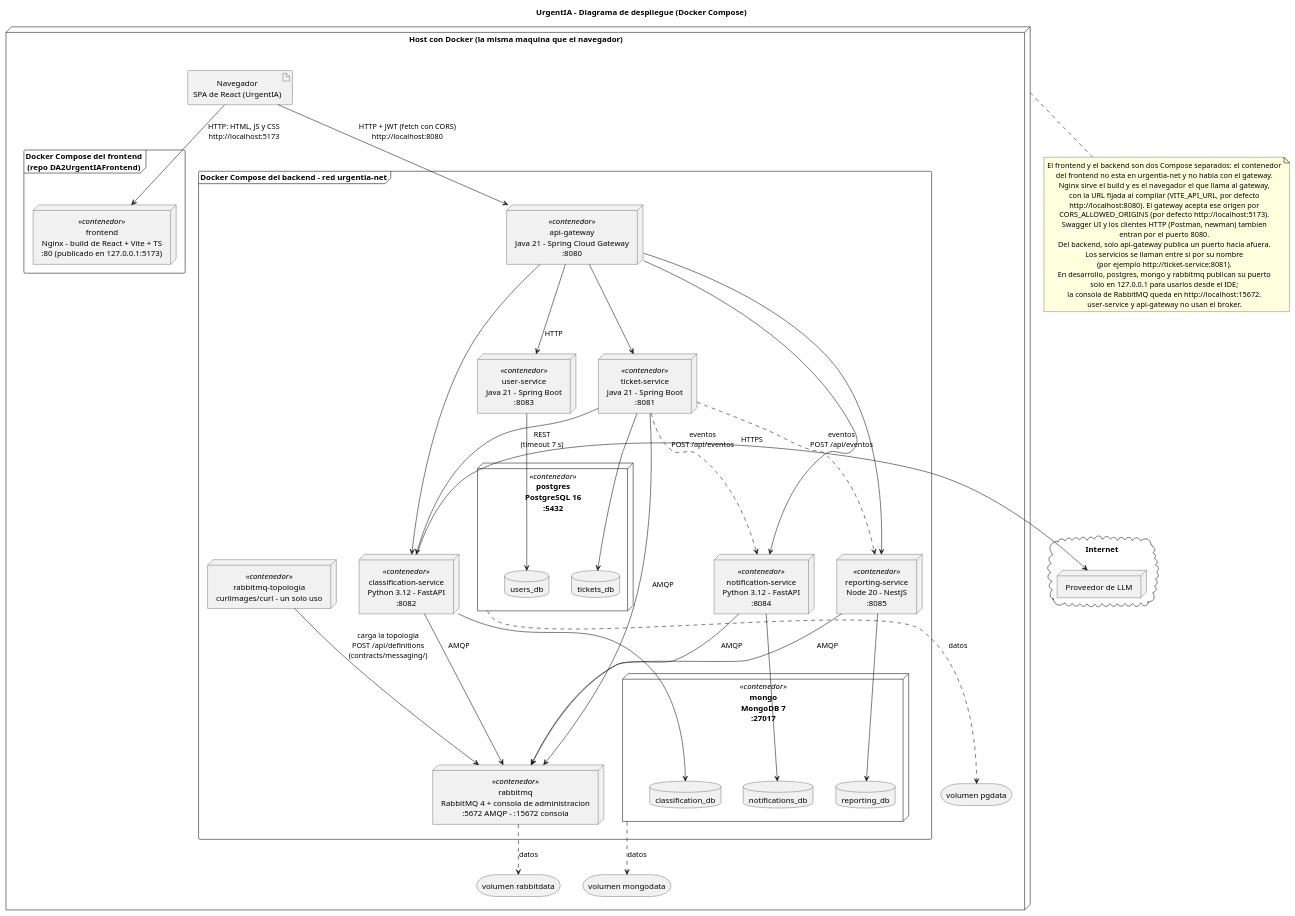
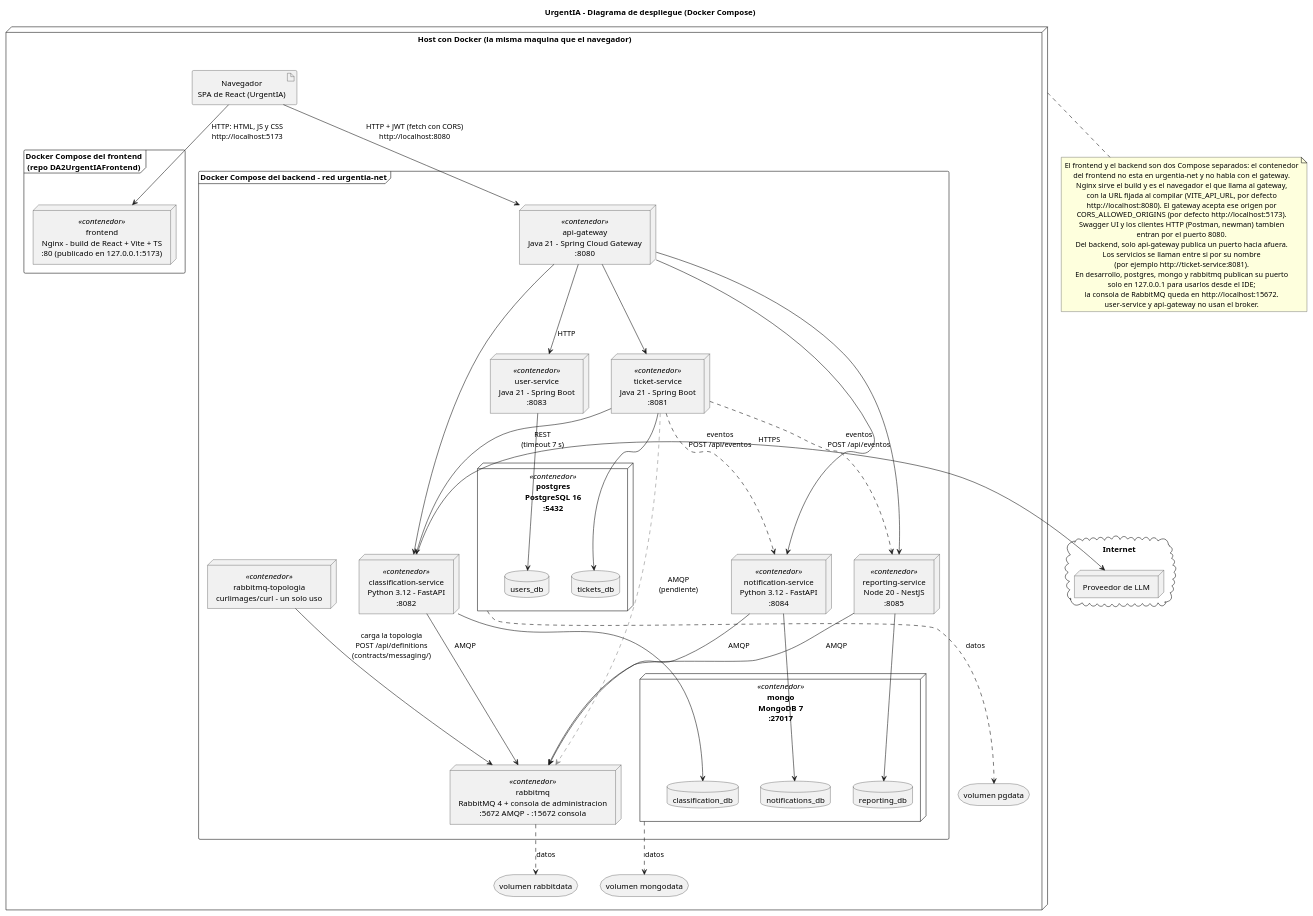
One commit to AVFare/DA2UrgentIABackend changed the diagram in docs/diagrams/despliegue.puml. Above: the diagram before and after it, drawn with PlantUML. The commit also changed 1 other file, not shown here.

Commit message:
docs(diagramas): marca como pendiente la conexión AMQP de ticket-service en el diagrama de despliegue

```diff
--- a/docs/diagrams/despliegue.puml
+++ b/docs/diagrams/despliegue.puml
@@ -1,110 +1,112 @@
 @startuml despliegue
 title UrgentIA - Diagrama de despliegue (Docker Compose)
 
 skinparam shadowing false
 skinparam defaultTextAlignment center
 skinparam nodesep 40
 skinparam ranksep 55
 
 cloud "Internet" as internet {
   node "Proveedor de LLM" as llm
 }
 
 node "Host con Docker (la misma maquina que el navegador)" as host {
   artifact "Navegador\nSPA de React (UrgentIA)" as navegador
 
   frame "Docker Compose del frontend\n(repo DA2UrgentIAFrontend)" as composefront {
     node "frontend\nNginx - build de React + Vite + TS\n:80 (publicado en 127.0.0.1:5173)" as fe <<contenedor>>
   }
 
   frame "Docker Compose del backend - red urgentia-net" as red {
 
     node "api-gateway\nJava 21 - Spring Cloud Gateway\n:8080" as gw <<contenedor>>
 
     node "user-service\nJava 21 - Spring Boot\n:8083" as us <<contenedor>>
     node "ticket-service\nJava 21 - Spring Boot\n:8081" as ts <<contenedor>>
     node "classification-service\nPython 3.12 - FastAPI\n:8082" as cs <<contenedor>>
     node "notification-service\nPython 3.12 - FastAPI\n:8084" as ns <<contenedor>>
     node "reporting-service\nNode 20 - NestJS\n:8085" as rs <<contenedor>>
 
     node "postgres\nPostgreSQL 16\n:5432" as pg <<contenedor>> {
       database "users_db" as usersdb
       database "tickets_db" as ticketsdb
     }
 
     node "rabbitmq\nRabbitMQ 4 + consola de administracion\n:5672 AMQP - :15672 consola" as rmq <<contenedor>>
     node "rabbitmq-topologia\ncurlimages/curl - un solo uso" as topo <<contenedor>>
 
     node "mongo\nMongoDB 7\n:27017" as mongo <<contenedor>> {
       database "classification_db" as classdb
       database "notifications_db" as notifdb
       database "reporting_db" as repdb
     }
   }
 
   storage "volumen pgdata" as pgdata
   storage "volumen mongodata" as mongodata
   storage "volumen rabbitdata" as rabbitdata
 }
 
 us -[hidden]right- ts
 
 ' Nginx solo entrega los archivos estaticos; no hace de proxy hacia el gateway.
 navegador --> fe : HTTP: HTML, JS y CSS\nhttp://localhost:5173
 ' La SPA, ya cargada en el navegador, llama al gateway en VITE_API_URL.
 navegador --> gw : HTTP + JWT (fetch con CORS)\nhttp://localhost:8080
 
 ' El gateway rutea por HTTP a los cinco servicios.
 gw --> us : HTTP
 gw --> ts
 gw --> cs
 gw --> ns
 gw --> rs
 
 ' Llamadas entre servicios, sin pasar por el gateway.
 ts -right-> cs : REST\n(timeout 7 s)
 ts ..> ns : eventos\nPOST /api/eventos
 ts ..> rs : eventos\nPOST /api/eventos
 
-'' Mensajeria: los cuatro servicios que producen o consumen mensajes
-' se conectan al broker con RABBITMQ_URL. Las colas las define contracts/messaging/.
-ts --> rmq : AMQP
+'' Mensajeria: los servicios que producen o consumen mensajes se conectan
+' al broker con RABBITMQ_URL. Las colas las define contracts/messaging/.
+' ticket-service ya recibe RABBITMQ_URL, pero todavia no tiene codigo AMQP:
+' la flecha gris queda como pendiente hasta que se sume.
+ts -[#888888,dashed]-> rmq : AMQP\n(pendiente)
 cs --> rmq : AMQP
 ns --> rmq : AMQP
 rs --> rmq : AMQP
 
 ' Corre en cada up, cuando rabbitmq esta sano, y termina. Los cuatro servicios
 ' de arriba arrancan recien cuando termino bien.
 topo --> rmq : carga la topologia\nPOST /api/definitions\n(contracts/messaging/)
 
 ' Cada servicio usa solo su base.
 us --> usersdb
 ts --> ticketsdb
 cs --> classdb
 ns --> notifdb
 rs --> repdb
 
 pg ..> pgdata : datos
 mongo ..> mongodata : datos
 rmq ..> rabbitdata : datos
 
 cs -right-> llm : HTTPS
 
 note bottom of host
   El frontend y el backend son dos Compose separados: el contenedor
   del frontend no esta en urgentia-net y no habla con el gateway.
   Nginx sirve el build y es el navegador el que llama al gateway,
   con la URL fijada al compilar (VITE_API_URL, por defecto
   http://localhost:8080). El gateway acepta ese origen por
   CORS_ALLOWED_ORIGINS (por defecto http://localhost:5173).
   Swagger UI y los clientes HTTP (Postman, newman) tambien
   entran por el puerto 8080.
   Del backend, solo api-gateway publica un puerto hacia afuera.
   Los servicios se llaman entre si por su nombre
   (por ejemplo http://ticket-service:8081).
   En desarrollo, postgres, mongo y rabbitmq publican su puerto
   solo en 127.0.0.1 para usarlos desde el IDE;
   la consola de RabbitMQ queda en http://localhost:15672.
   user-service y api-gateway no usan el broker.
 end note
 @enduml
```
